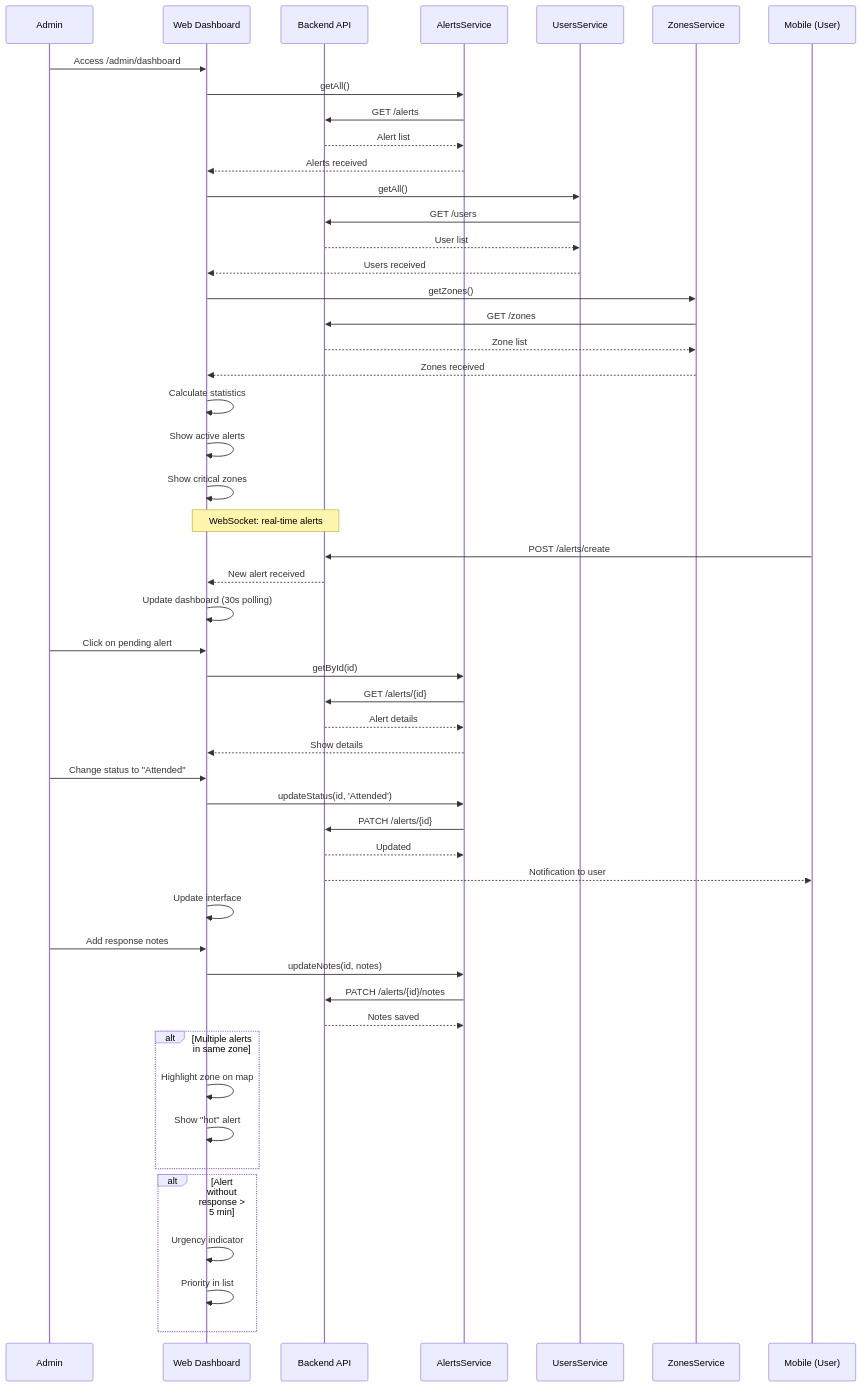
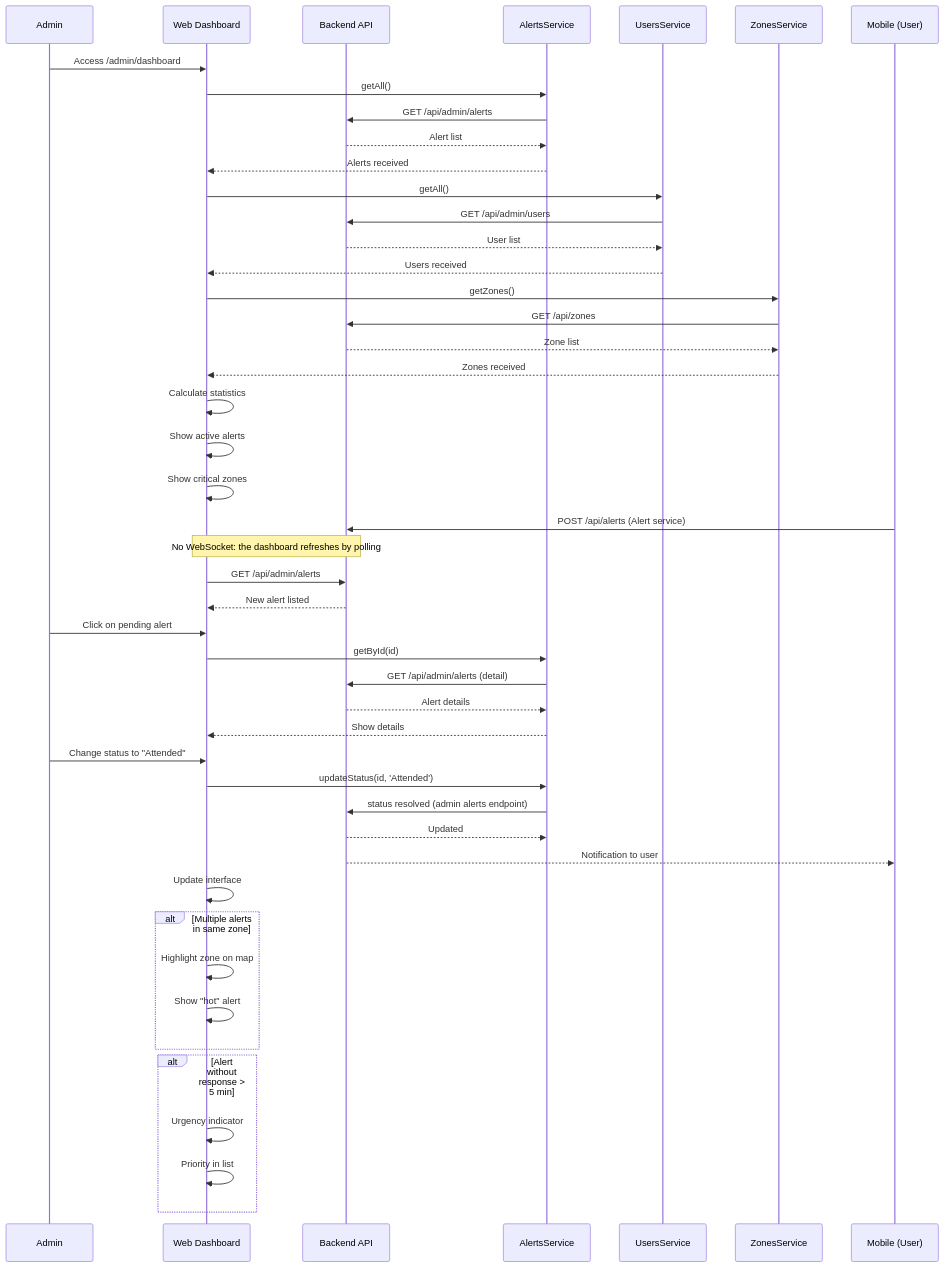
The third of 3 diagrams in 12-ux-ui/navigation-map.md (code-sena/wal-docs), drawn with Mermaid before and after one commit. The commit also changed other lines of this file and 56 other files, not shown here.

````diff
--- a/12-ux-ui/navigation-map.md
+++ b/12-ux-ui/navigation-map.md
@@ -289,63 +302,59 @@
 ```mermaid
 sequenceDiagram
     participant A as Admin
     participant WD as Web Dashboard
     participant API as Backend API
     participant AS as AlertsService
     participant US as UsersService
     participant ZS as ZonesService
     participant M as Mobile (User)
 
     A->>WD: Access /admin/dashboard
     WD->>AS: getAll()
-    AS->>API: GET /alerts
+    AS->>API: GET /api/admin/alerts
     API-->>AS: Alert list
     AS-->>WD: Alerts received
 
     WD->>US: getAll()
-    US->>API: GET /users
+    US->>API: GET /api/admin/users
     API-->>US: User list
     US-->>WD: Users received
 
     WD->>ZS: getZones()
-    ZS->>API: GET /zones
+    ZS->>API: GET /api/zones
     API-->>ZS: Zone list
     ZS-->>WD: Zones received
 
     WD->>WD: Calculate statistics
     WD->>WD: Show active alerts
     WD->>WD: Show critical zones
 
-    Note over WD,API: WebSocket: real-time alerts
-    M->>API: POST /alerts/create
-    API-->>WD: New alert received
-    WD->>WD: Update dashboard (30s polling)
+    M->>API: POST /api/alerts (Alert service)
+    Note over WD,API: No WebSocket: the dashboard refreshes by polling
+    WD->>API: GET /api/admin/alerts
+    API-->>WD: New alert listed
 
     A->>WD: Click on pending alert
     WD->>AS: getById(id)
-    AS->>API: GET /alerts/{id}
+    AS->>API: GET /api/admin/alerts (detail)
     API-->>AS: Alert details
     AS-->>WD: Show details
 
     A->>WD: Change status to "Attended"
     WD->>AS: updateStatus(id, 'Attended')
-    AS->>API: PATCH /alerts/{id}
+    AS->>API: status resolved (admin alerts endpoint)
     API-->>AS: Updated
     API-->>M: Notification to user
     WD->>WD: Update interface
 
-    A->>WD: Add response notes
-    WD->>AS: updateNotes(id, notes)
-    AS->>API: PATCH /alerts/{id}/notes
-    API-->>AS: Notes saved
 
     alt Multiple alerts in same zone
         WD->>WD: Highlight zone on map
         WD->>WD: Show "hot" alert
     end
 
     alt Alert without response > 5 min
         WD->>WD: Urgency indicator
         WD->>WD: Priority in list
     end
 ```
````
